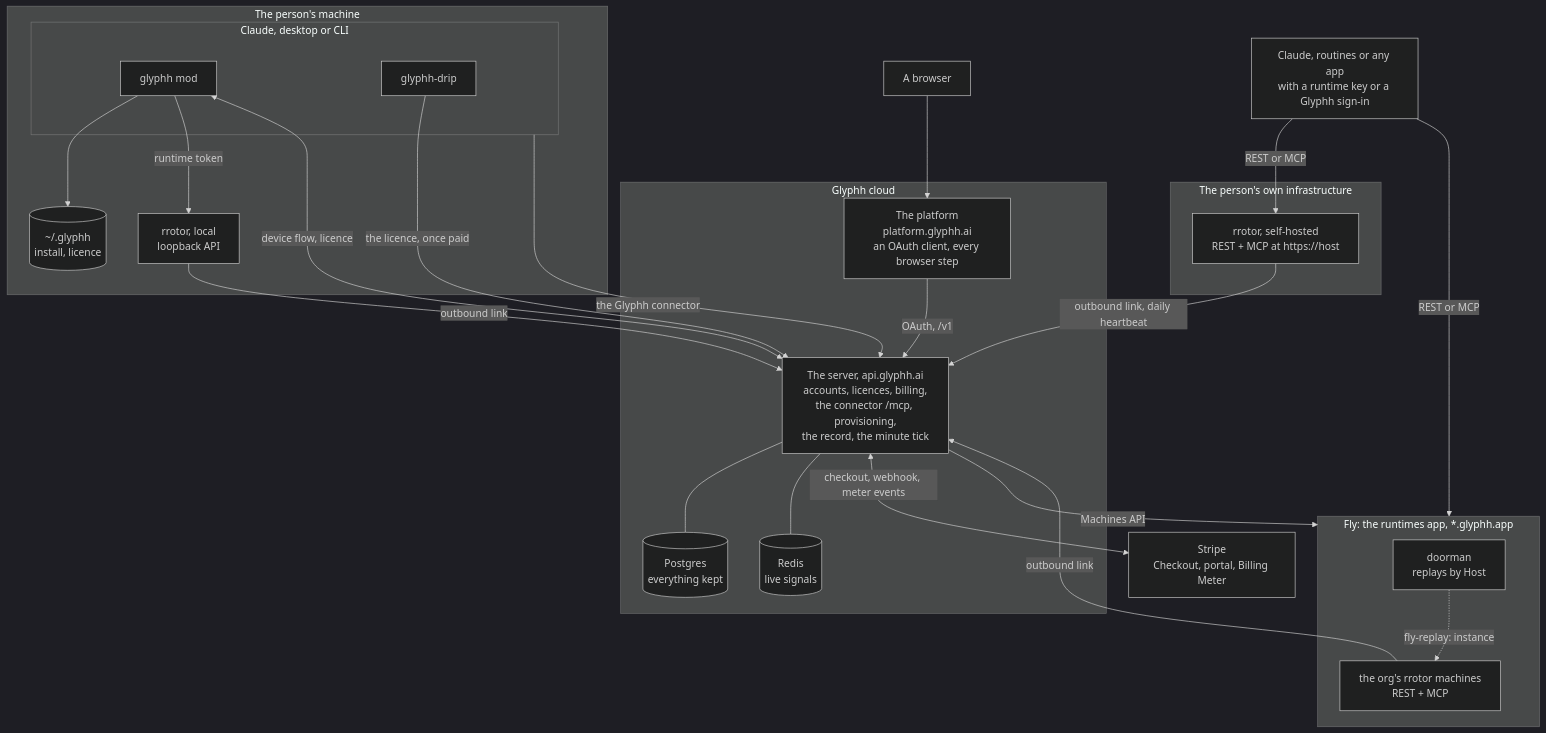
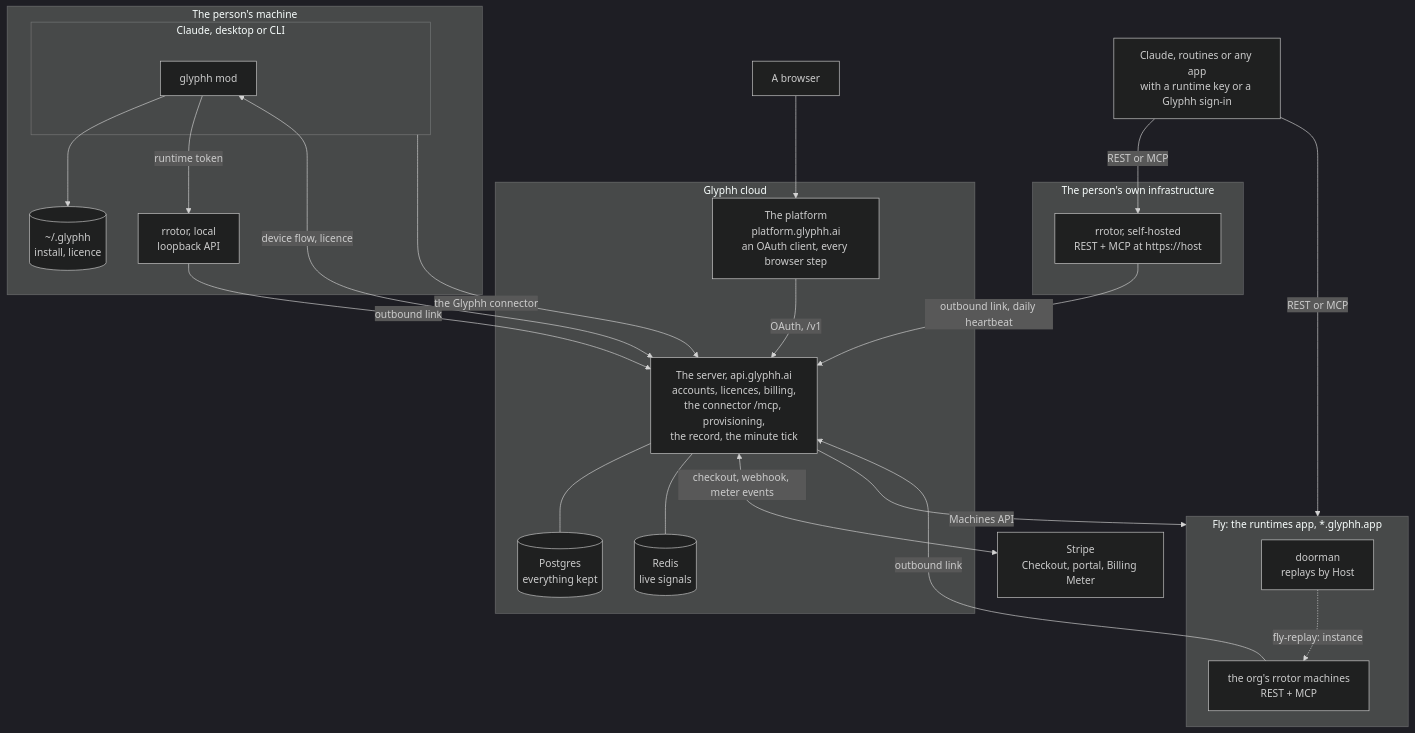
One commit to glyphh-ai/server changed the first of 5 diagrams in docs/architecture.md. Above: the diagram before and after it, drawn with Mermaid (dark theme). The commit also changed other lines of this file and 3 other files, not shown here.

Commit message:
Docs: Glyphh Drip and its unlock out of the product, the mods, the API, the panels, the data model and the plans; both diagrams re-rendered from their source

````diff
--- a/docs/architecture.md
+++ b/docs/architecture.md
@@ -25,49 +23,47 @@
 ```mermaid
 flowchart TB
     subgraph Machine["The person's machine"]
         subgraph Claude["Claude, desktop or CLI"]
             Base["glyphh mod"]
-            Fun["glyphh-drip"]
         end
         LocalRotor["rrotor, local<br/>loopback API"]
         Local[("~/.glyphh<br/>install, licence")]
         Base --> Local
         Base -- "runtime token" --> LocalRotor
     end
 
     Browser["A browser"]
     Callers["Claude, routines or any app<br/>with a runtime key or a Glyphh sign-in"]
     Stripe["Stripe<br/>Checkout, portal, Billing Meter"]
 
     subgraph Cloud["Glyphh cloud"]
         Platform["The platform<br/>platform.glyphh.ai<br/>an OAuth client, every browser step"]
         API["The server, api.glyphh.ai<br/>accounts, licences, billing,<br/>the connector /mcp, provisioning,<br/>the record, the minute tick"]
         DB[("Postgres<br/>everything kept")]
         Redis[("Redis<br/>live signals")]
         Platform -- "OAuth, /v1" --> API
         API --- DB
         API --- Redis
     end
 
     subgraph Fly["Fly: the runtimes app, *.glyphh.app"]
         Door["doorman<br/>replays by Host"]
         Rotor["the org's rrotor machines<br/>REST + MCP"]
         Door -. "fly-replay: instance" .-> Rotor
     end
 
     subgraph Own["The person's own infrastructure"]
         Self["rrotor, self-hosted<br/>REST + MCP at https://host"]
     end
 
     Browser --> Platform
     Base <-- "device flow, licence" --> API
-    Fun -- "the licence, once paid" --> API
     Claude -- "the Glyphh connector" --> API
     Callers -- "REST or MCP" --> Fly
     Callers -- "REST or MCP" --> Self
     Rotor -- "outbound link" --> API
     LocalRotor -- "outbound link" --> API
     Self -- "outbound link, daily heartbeat" --> API
     API -- "Machines API" --> Fly
     API <-- "checkout, webhook, meter events" --> Stripe
 ```
````
